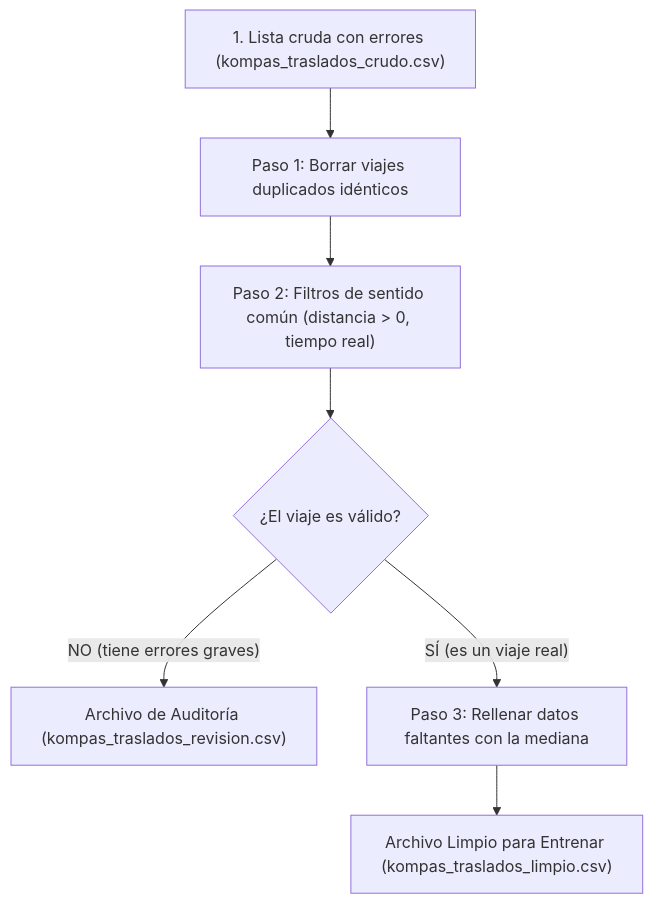
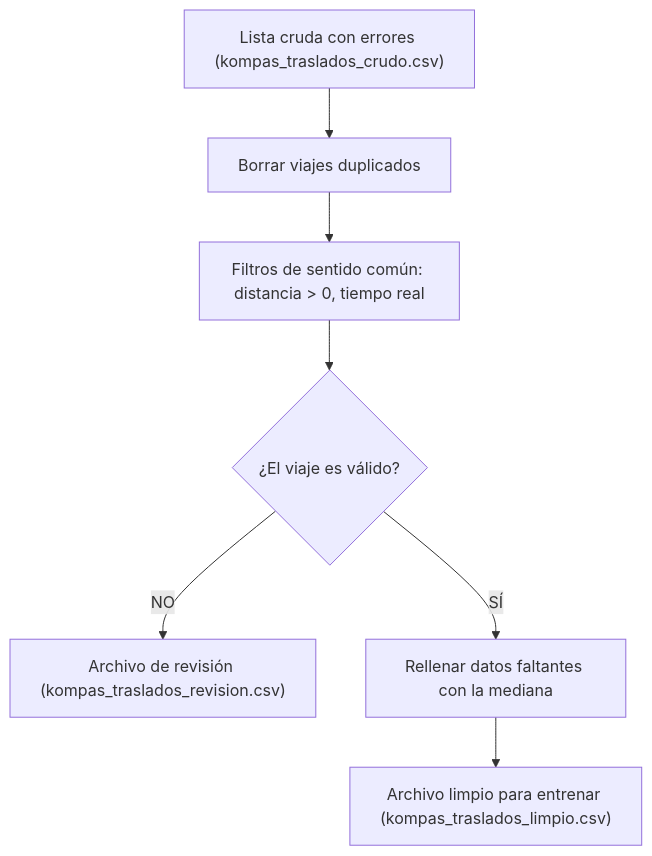
Before and after one commit to jirotrash/KompasAPPbeta: the second of 2 diagrams in implementacion ML equipo.md, drawn with Mermaid. The commit also changed other lines of this file and 2 other files, not shown here.

````diff
--- a/implementacion ML equipo.md
+++ b/implementacion ML equipo.md
@@ -66,9 +119,9 @@
 ```mermaid
 flowchart TD
-    A["1. Lista cruda con errores (kompas_traslados_crudo.csv)"] --> B["Paso 1: Borrar viajes duplicados idénticos"]
-    B --> C["Paso 2: Filtros de sentido común (distancia > 0, tiempo real)"]
+    A["Lista cruda con errores (kompas_traslados_crudo.csv)"] --> B["Borrar viajes duplicados"]
+    B --> C["Filtros de sentido común: distancia > 0, tiempo real"]
     C --> D{"¿El viaje es válido?"}
-    D -- "NO (tiene errores graves)" --> E["Archivo de Auditoría (kompas_traslados_revision.csv)"]
-    D -- "SÍ (es un viaje real)" --> F["Paso 3: Rellenar datos faltantes con la mediana"]
-    F --> G["Archivo Limpio para Entrenar (kompas_traslados_limpio.csv)"]
+    D -- "NO" --> E["Archivo de revisión (kompas_traslados_revision.csv)"]
+    D -- "SÍ" --> F["Rellenar datos faltantes con la mediana"]
+    F --> G["Archivo limpio para entrenar (kompas_traslados_limpio.csv)"]
 ```
````
